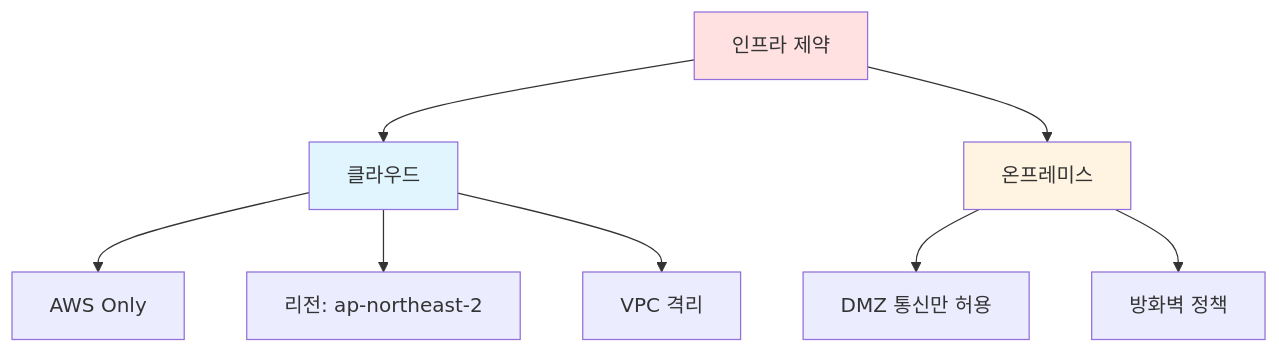
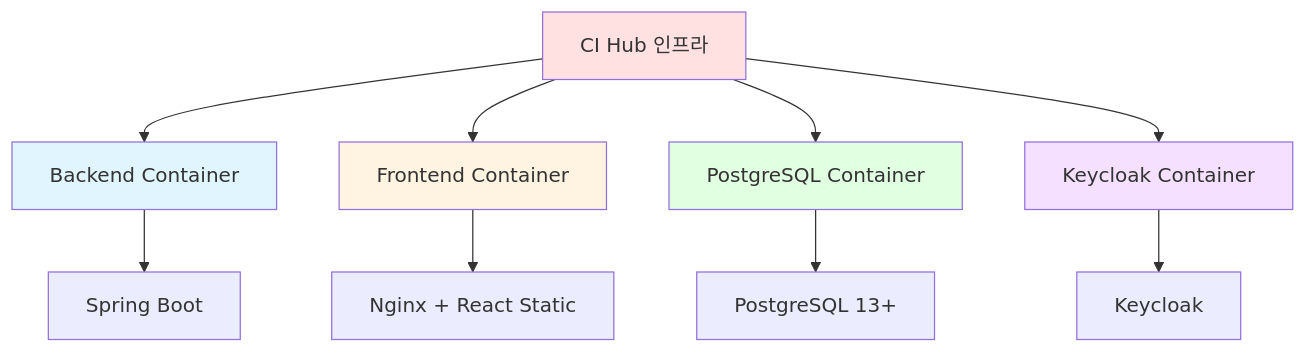
The first of 2 diagrams in docs/requirements/constraints.md (kost0806/ci-hub), drawn with Mermaid before and after one commit. The commit also changed other lines of this file and 6 other files, not shown here.

````diff
--- a/docs/requirements/constraints.md
+++ b/docs/requirements/constraints.md
@@ -58,16 +66,18 @@
 ```mermaid
 graph TD
-    A[인프라 제약] --> B[클라우드]
-    A --> C[온프레미스]
+    A[CI Hub 인프라] --> B[Backend Container]
+    A --> C[Frontend Container]
+    A --> D[PostgreSQL Container]
+    A --> E[Keycloak Container]
 
-    B --> B1[AWS Only]
-    B --> B2[리전: ap-northeast-2]
-    B --> B3[VPC 격리]
-
-    C --> C1[DMZ 통신만 허용]
-    C --> C2[방화벽 정책]
+    B --> B1[Spring Boot]
+    C --> C1[Nginx + React Static]
+    D --> D1[PostgreSQL 13+]
+    E --> E1[Keycloak]
 
     style A fill:#ffe1e1
     style B fill:#e1f5ff
     style C fill:#fff4e1
+    style D fill:#e1ffe1
+    style E fill:#f5e1ff
 ```
````
